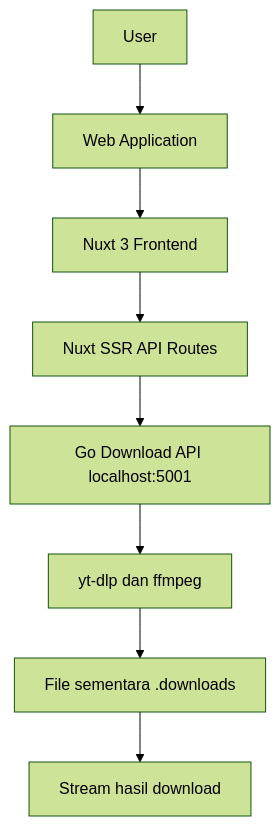
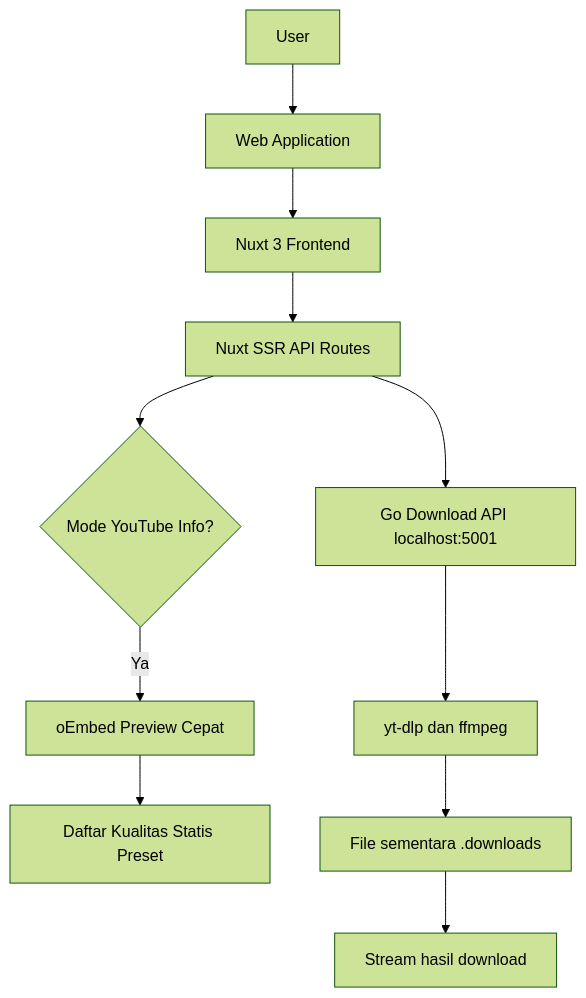
Before and after one commit to FikFikk/figo: the diagram in documentation.md, drawn with Mermaid (forest theme). The commit also changed other lines of this file and 5 other files, not shown here.

````diff
--- a/documentation.md
+++ b/documentation.md
@@ -3,10 +3,13 @@
 ```mermaid
 graph TD
     A[User] --> B[Web Application]
     B --> C[Nuxt 3 Frontend]
     C --> D[Nuxt SSR API Routes]
-    D --> E[Go Download API localhost:5001]
-    E --> F[yt-dlp dan ffmpeg]
-    F --> G[File sementara .downloads]
-    G --> H[Stream hasil download]
+    D --> E{Mode YouTube Info?}
+    E -->|Ya| F[oEmbed Preview Cepat]
+    F --> G[Daftar Kualitas Statis Preset]
+    D --> I[Go Download API localhost:5001]
+    I --> J[yt-dlp dan ffmpeg]
+    J --> K[File sementara .downloads]
+    K --> L[Stream hasil download]
 ```
````
